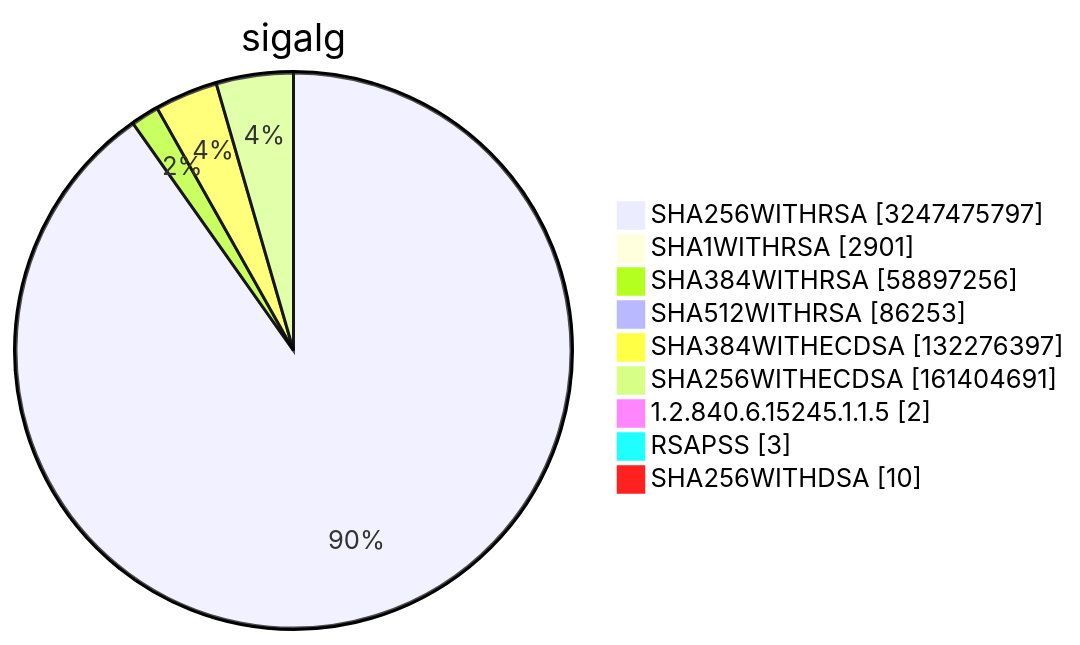
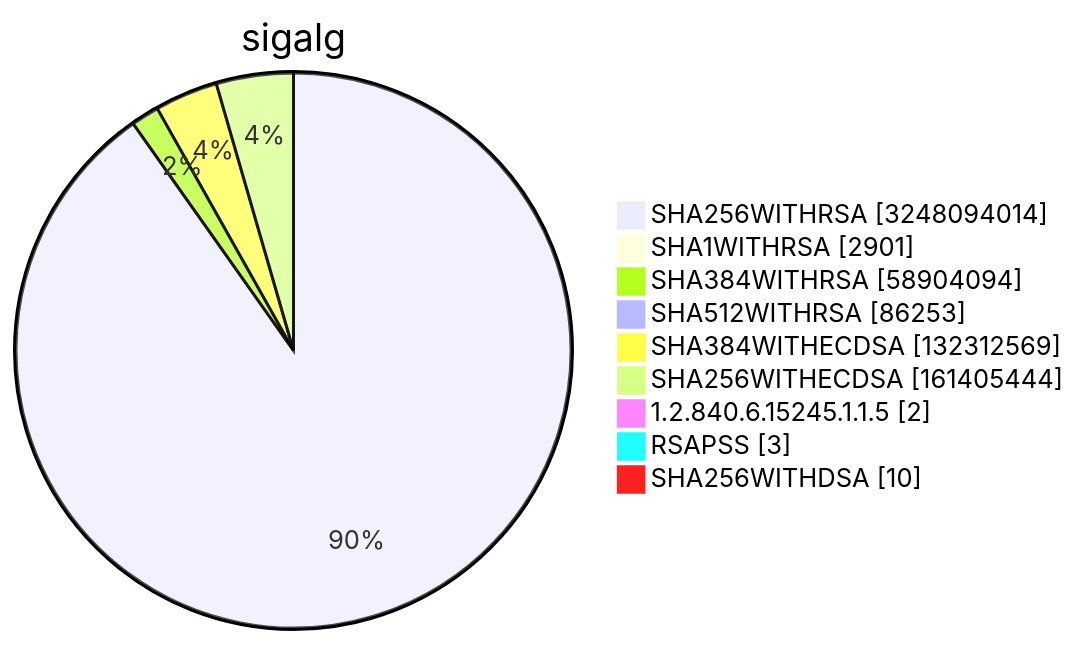
One commit to christiankrug/ctmonitor_visualization changed diagram 15 of 15 in TOTAL/README.md. Above: the diagram before and after it, drawn with Mermaid. The commit also changed other lines of this file, not shown here.

````diff
--- a/TOTAL/README.md
+++ b/TOTAL/README.md
@@ -6218,13 +6218,13 @@
 ```mermaid
 pie showData
 title sigalg
-"SHA256WITHRSA" :3247475797
+"SHA256WITHRSA" :3248094014
 "SHA1WITHRSA" :2901
-"SHA384WITHRSA" :58897256
+"SHA384WITHRSA" :58904094
 "SHA512WITHRSA" :86253
-"SHA384WITHECDSA" :132276397
-"SHA256WITHECDSA" :161404691
+"SHA384WITHECDSA" :132312569
+"SHA256WITHECDSA" :161405444
 "1.2.840.6.15245.1.1.5" :2
 "RSAPSS" :3
 "SHA256WITHDSA" :10
 ```
````
